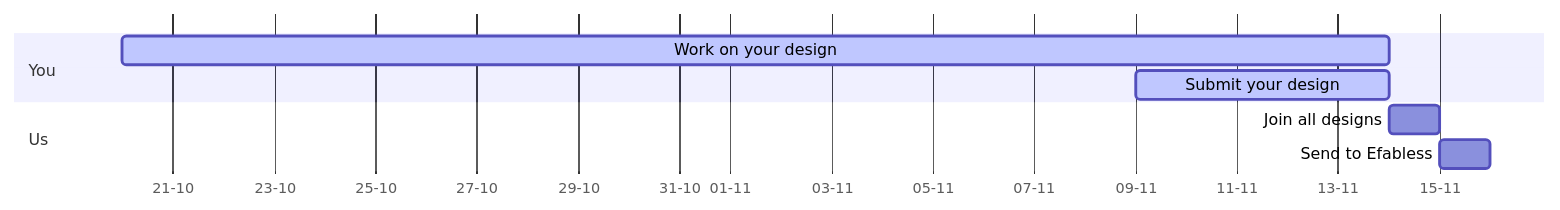
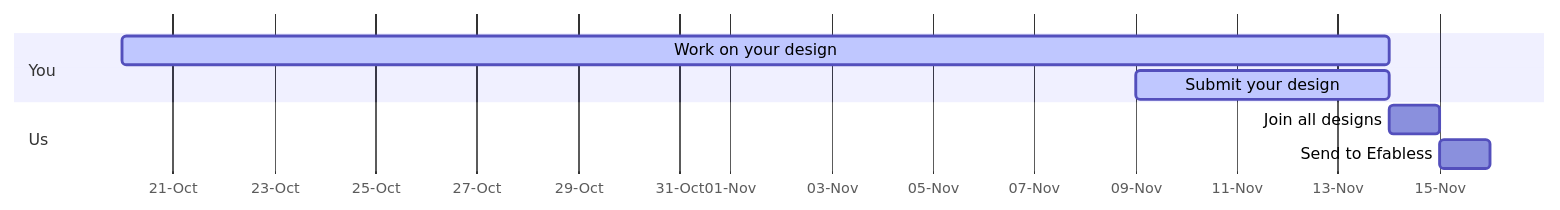
One commit to TinyTapeout/tinytapeout_www changed the diagram in content/_index.en.md. Above: the diagram before and after it, drawn with Mermaid.

Commit message:
switch to month name

```diff
--- a/content/_index.en.md
+++ b/content/_index.en.md
@@ -15,13 +15,13 @@
 {{<mermaid>}}
 gantt
         dateFormat  YYYY-MM-DD
         todayMarker off
-        axisFormat %d-%m
+        axisFormat %d-%b
         section You
         Work on your design       :   active,2022-10-20,2022-11-14
         Submit your design        :   active,2022-11-09,2022-11-14
         
         section Us
         Join all designs          :   2022-11-14, 1d
         Send to Efabless          :   2022-11-15, 1d
 {{</mermaid>}}
```
